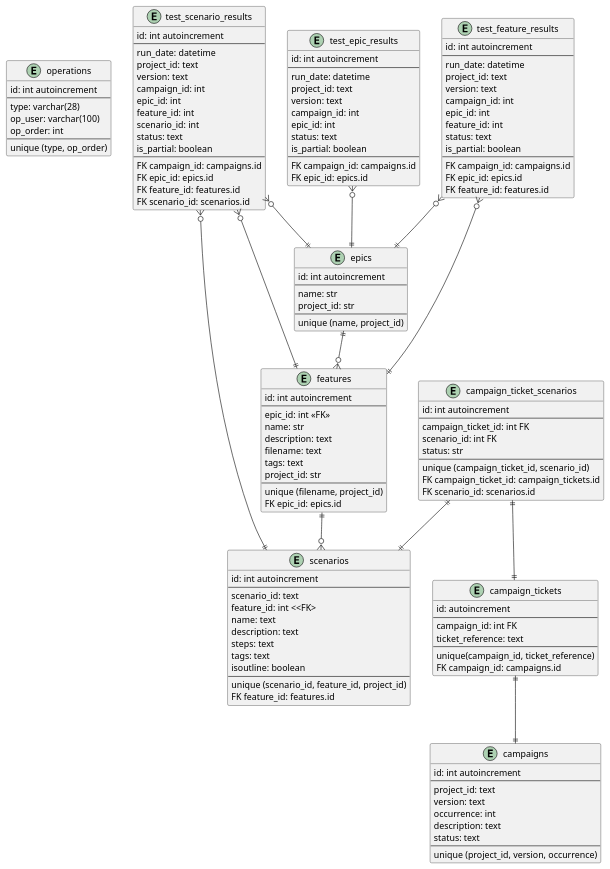
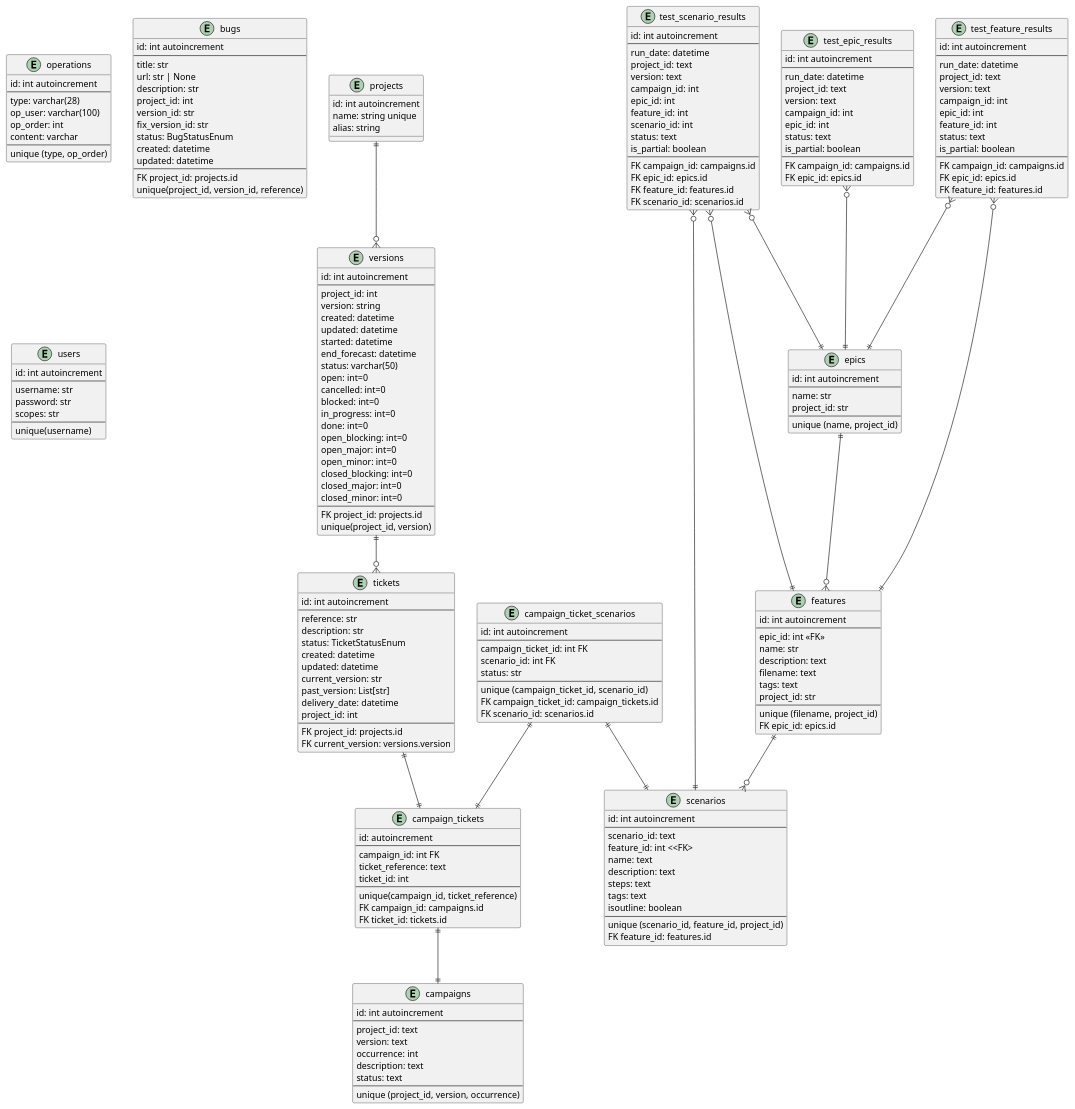
The diagram in documentation/sql_db.puml (Hidden-goblin/eaidashboard), drawn with PlantUML before and after one commit. The commit also changed 61 other files, not shown here.

```diff
--- a/documentation/sql_db.puml
+++ b/documentation/sql_db.puml
@@ -10,6 +10,7 @@
 type: varchar(28)
 op_user: varchar(100)
 op_order: int
+content: varchar
 --
 unique (type, op_order)
 }
@@ -82,9 +83,11 @@
 ---
 campaign_id: int FK
 ticket_reference: text
+ticket_id: int
 ---
 unique(campaign_id, ticket_reference)
 FK campaign_id: campaigns.id
+FK ticket_id: tickets.id
 }
 
 ' link between campaign-ticket and scenario
@@ -164,4 +167,91 @@
 FK epic_id: epics.id
 }
 test_epic_results }o--|| epics
+
+' -----------------------------------------
+' Project
+' -----------------------------------------
+
+entity projects {
+id: int autoincrement
+name: string unique
+alias: string
+}
+
+entity versions {
+id: int autoincrement
+---
+project_id: int
+version: string
+created: datetime
+updated: datetime
+started: datetime
+end_forecast: datetime
+status: varchar(50)
+open: int=0
+cancelled: int=0
+blocked: int=0
+in_progress: int=0
+done: int=0
+open_blocking: int=0
+open_major: int=0
+open_minor: int=0
+closed_blocking: int=0
+closed_major: int=0
+closed_minor: int=0
+---
+FK project_id: projects.id
+unique(project_id, version)
+}
+
+entity tickets {
+id: int autoincrement
+---
+reference: str
+description: str
+status: TicketStatusEnum
+created: datetime
+updated: datetime
+current_version: str
+past_version: List[str]
+delivery_date: datetime
+project_id: int
+---
+FK project_id: projects.id
+FK current_version: versions.version
+}
+
+entity bugs {
+id: int autoincrement
+---
+title: str
+url: str | None
+description: str
+project_id: int
+version_id: str
+fix_version_id: str
+status: BugStatusEnum
+created: datetime
+updated: datetime
+---
+FK project_id: projects.id
+unique(project_id, version_id, reference)
+}
+
+projects ||--o{ versions
+versions ||--o{ tickets
+tickets ||--|| campaign_tickets
+
+' -----------------------------------------
+' Users
+' -----------------------------------------
+entity users{
+id: int autoincrement
+---
+username: str
+password: str
+scopes: str
+---
+unique(username)
+}
 @enduml
```
